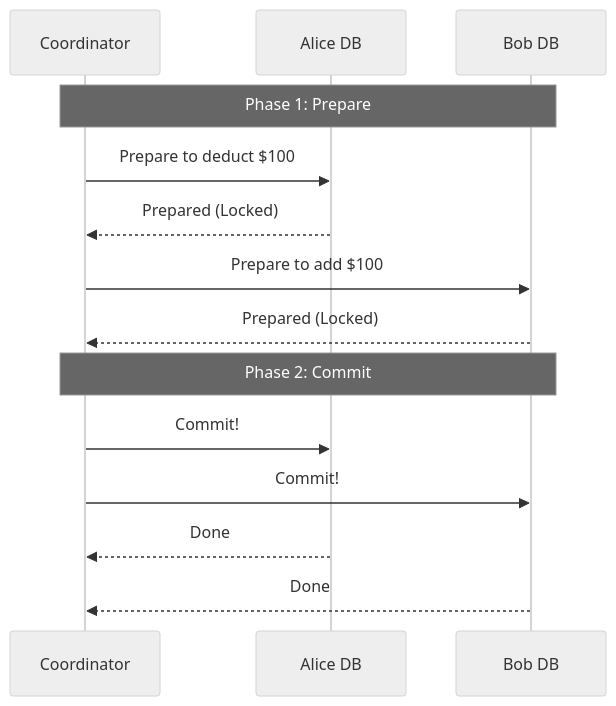
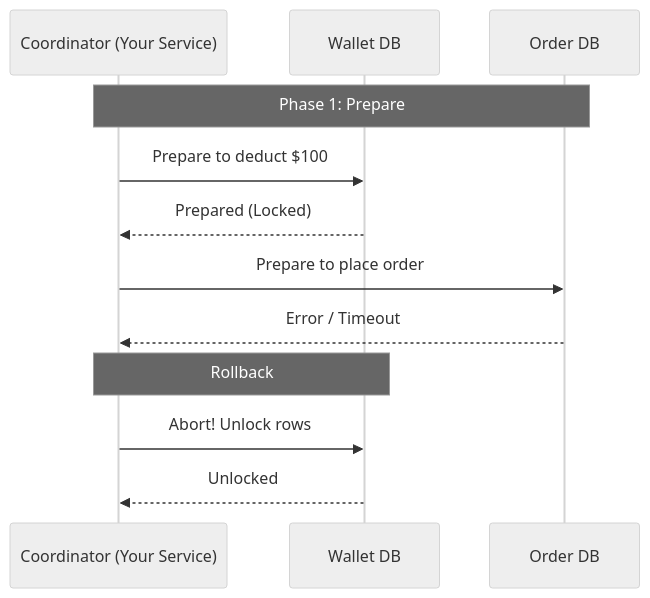
Before and after one commit to abhinnaagrawal/system-design-notes: the first of 2 diagrams in Core Concepts/Partial Failures/README.md, drawn with Mermaid (neutral theme). The commit also changed other lines of this file and 7 other files, not shown here.

````diff
--- a/Core Concepts/Partial Failures/README.md
+++ b/Core Concepts/Partial Failures/README.md
@@ -61,18 +66,16 @@
 ```mermaid
 sequenceDiagram
-    participant Coord as Coordinator
-    participant AliceDB as Alice DB
-    participant BobDB as Bob DB
+    participant Coord as Coordinator (Your Service)
+    participant WalletDB as Wallet DB
+    participant OrderDB as Order DB
     
-    Note over Coord, BobDB: Phase 1: Prepare
-    Coord->>AliceDB: Prepare to deduct $100
-    AliceDB-->>Coord: Prepared (Locked)
-    Coord->>BobDB: Prepare to add $100
-    BobDB-->>Coord: Prepared (Locked)
+    Note over Coord, OrderDB: Phase 1: Prepare
+    Coord->>WalletDB: Prepare to deduct $100
+    WalletDB-->>Coord: Prepared (Locked)
+    Coord->>OrderDB: Prepare to place order
+    OrderDB-->>Coord: Error / Timeout
     
-    Note over Coord, BobDB: Phase 2: Commit
-    Coord->>AliceDB: Commit!
-    Coord->>BobDB: Commit!
-    AliceDB-->>Coord: Done
-    BobDB-->>Coord: Done
+    Note over Coord, WalletDB: Rollback
+    Coord->>WalletDB: Abort! Unlock rows
+    WalletDB-->>Coord: Unlocked
 ```
````
